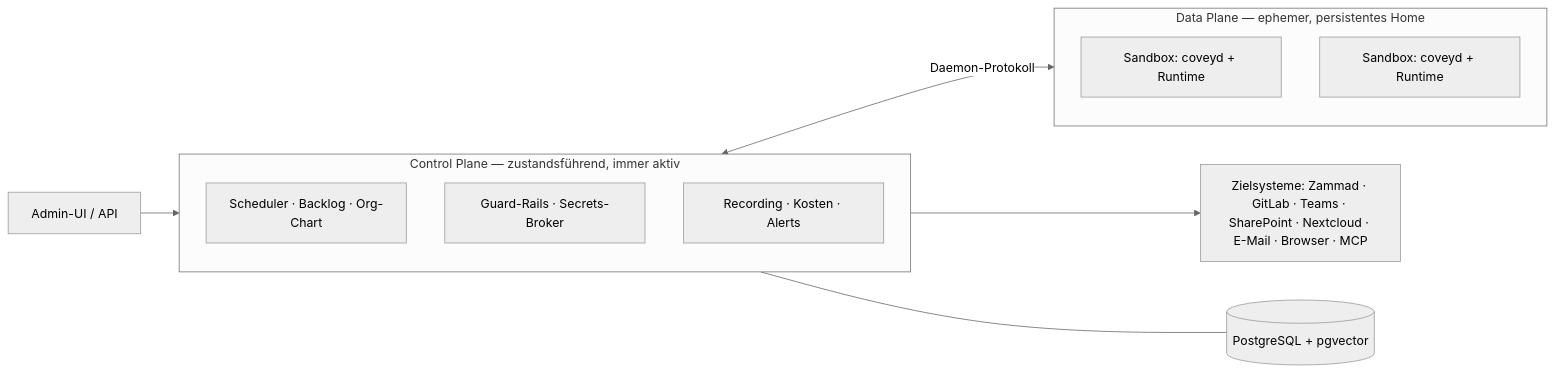
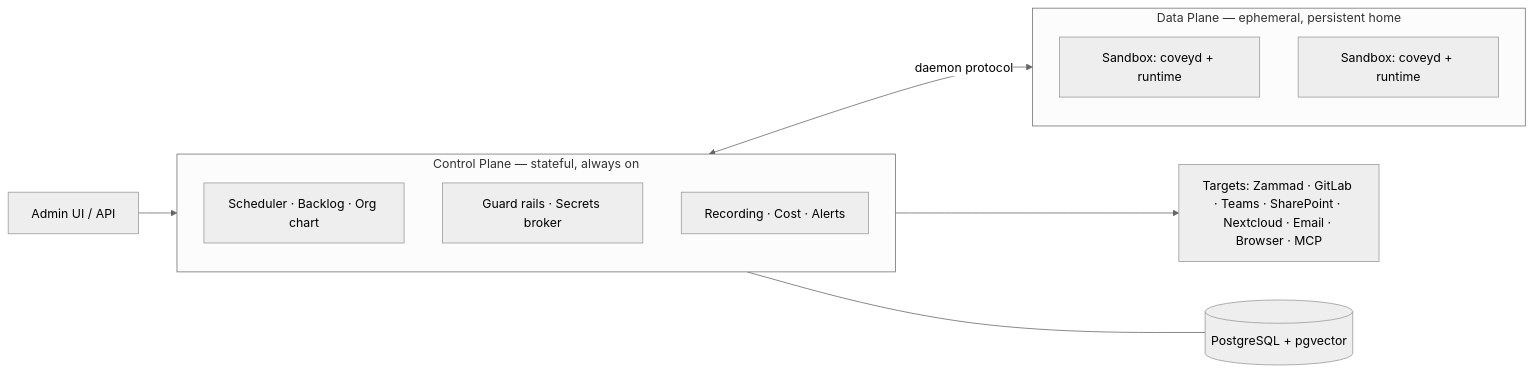
One commit to benjaminLedel/covey changed the diagram in README.md. Above: the diagram before and after it, drawn with Mermaid (neutral theme). The commit also changed other lines of this file and 4 other files, not shown here.

````diff
--- a/README.md
+++ b/README.md
@@ -92,21 +94,21 @@
 ```mermaid
 flowchart LR
-    UI["Admin-UI / API"] --> CP
+    UI["Admin UI / API"] --> CP
 
-    subgraph CP["Control Plane — zustandsführend, immer aktiv"]
+    subgraph CP["Control Plane — stateful, always on"]
         direction TB
-        SCHED["Scheduler · Backlog · Org-Chart"]
-        GUARD["Guard-Rails · Secrets-Broker"]
-        OBS["Recording · Kosten · Alerts"]
+        SCHED["Scheduler · Backlog · Org chart"]
+        GUARD["Guard rails · Secrets broker"]
+        OBS["Recording · Cost · Alerts"]
     end
 
-    subgraph DP["Data Plane — ephemer, persistentes Home"]
+    subgraph DP["Data Plane — ephemeral, persistent home"]
         direction TB
-        S1["Sandbox: coveyd + Runtime"]
-        S2["Sandbox: coveyd + Runtime"]
+        S1["Sandbox: coveyd + runtime"]
+        S2["Sandbox: coveyd + runtime"]
     end
 
-    CP <-->|Daemon-Protokoll| DP
-    CP --> TS["Zielsysteme: Zammad · GitLab · Teams · SharePoint · Nextcloud · E-Mail · Browser · MCP"]
+    CP <-->|daemon protocol| DP
+    CP --> TS["Targets: Zammad · GitLab · Teams · SharePoint · Nextcloud · Email · Browser · MCP"]
     CP --- DB[("PostgreSQL + pgvector")]
 ```
````
